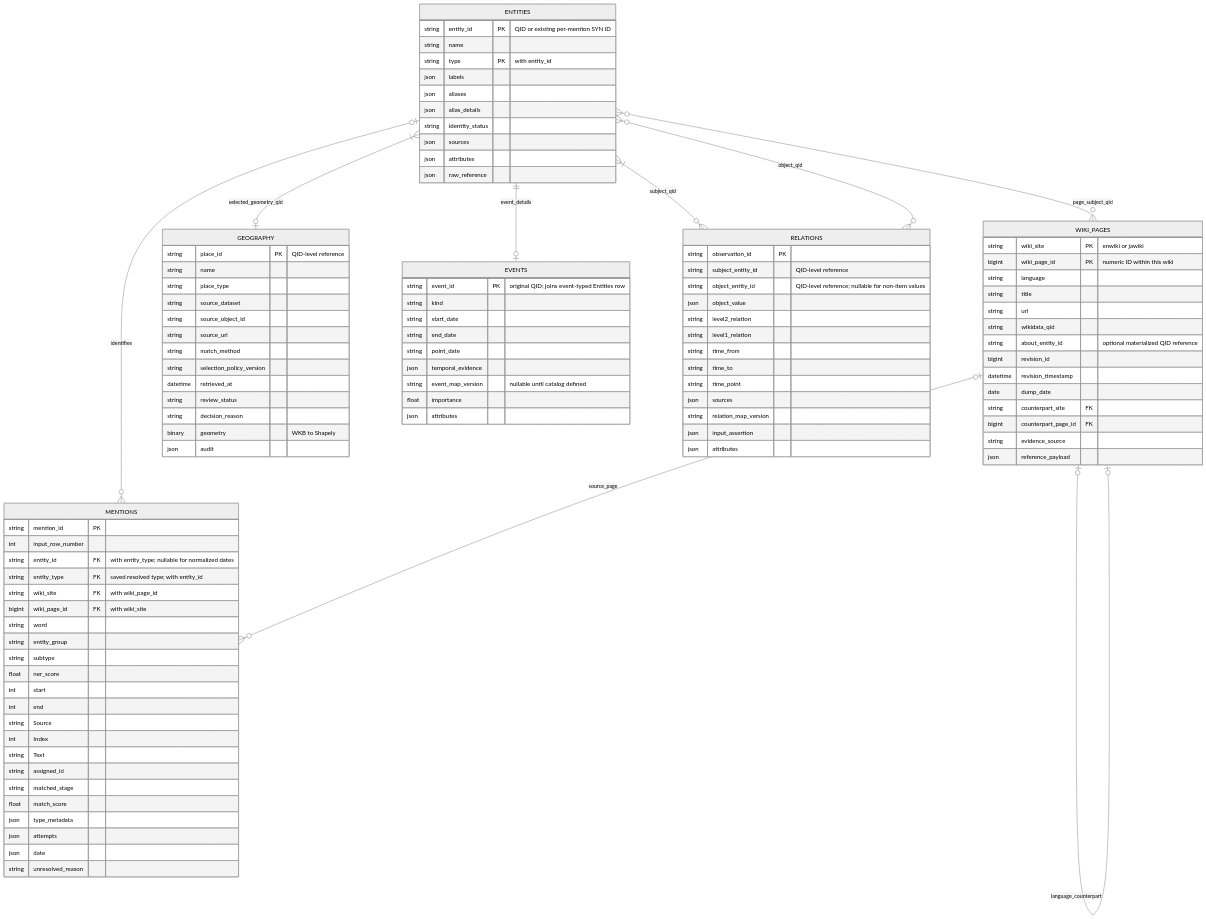
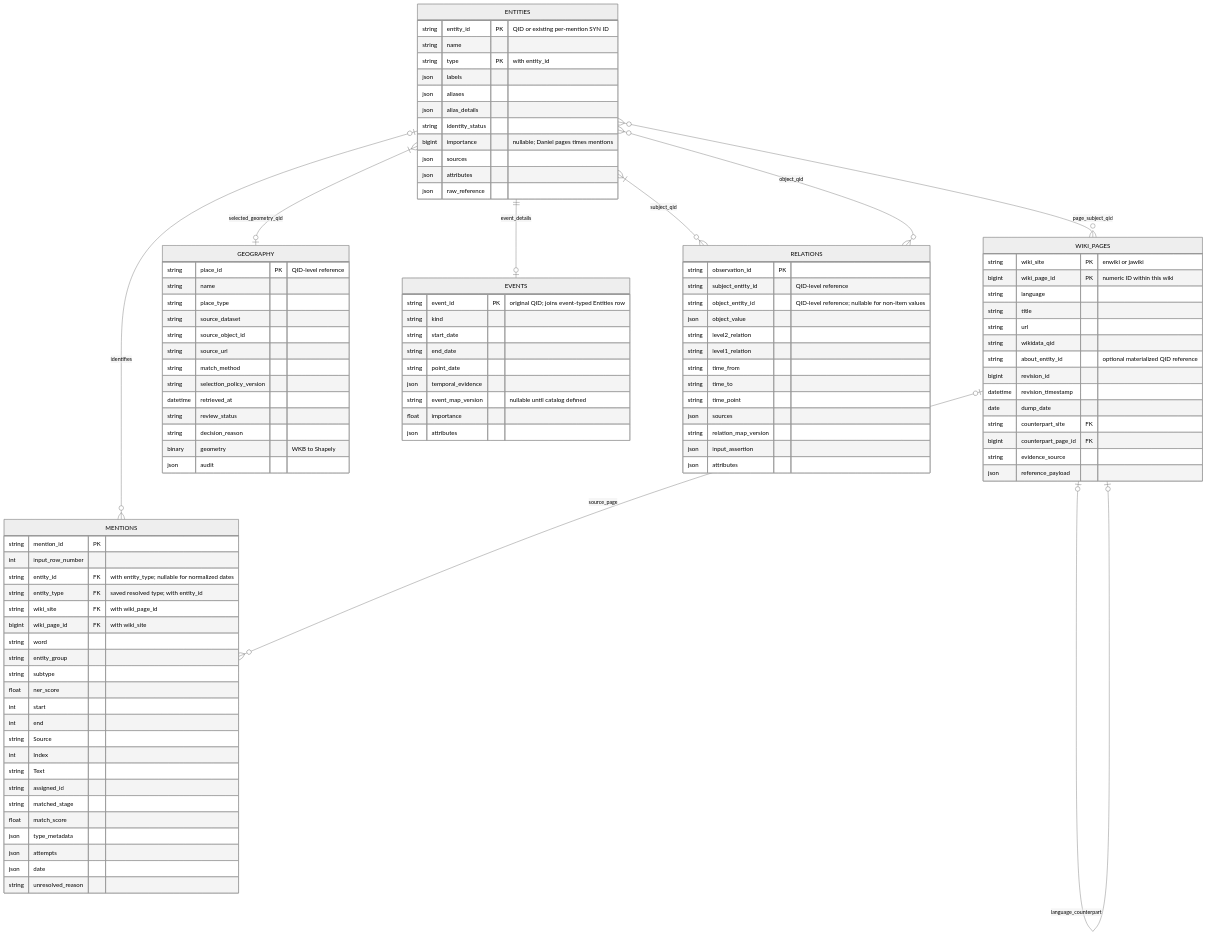
Before and after one commit to YehudRaanan/Corpus2GeoRAG_Pacific: the diagram in docs/ENTITY_DATA_MODEL_ERD.md, drawn with Mermaid (neutral theme). The commit also changed other lines of this file and 5 other files, not shown here.

Commit message:
Persist verified Daniel importance on Entity rows

```diff
--- a/docs/ENTITY_DATA_MODEL_ERD.md
+++ b/docs/ENTITY_DATA_MODEL_ERD.md
@@ -31,6 +31,7 @@
         json aliases
         json alias_details
         string identity_status
+        bigint importance "nullable; Daniel pages times mentions"
         json sources
         json attributes
         json raw_reference
```
